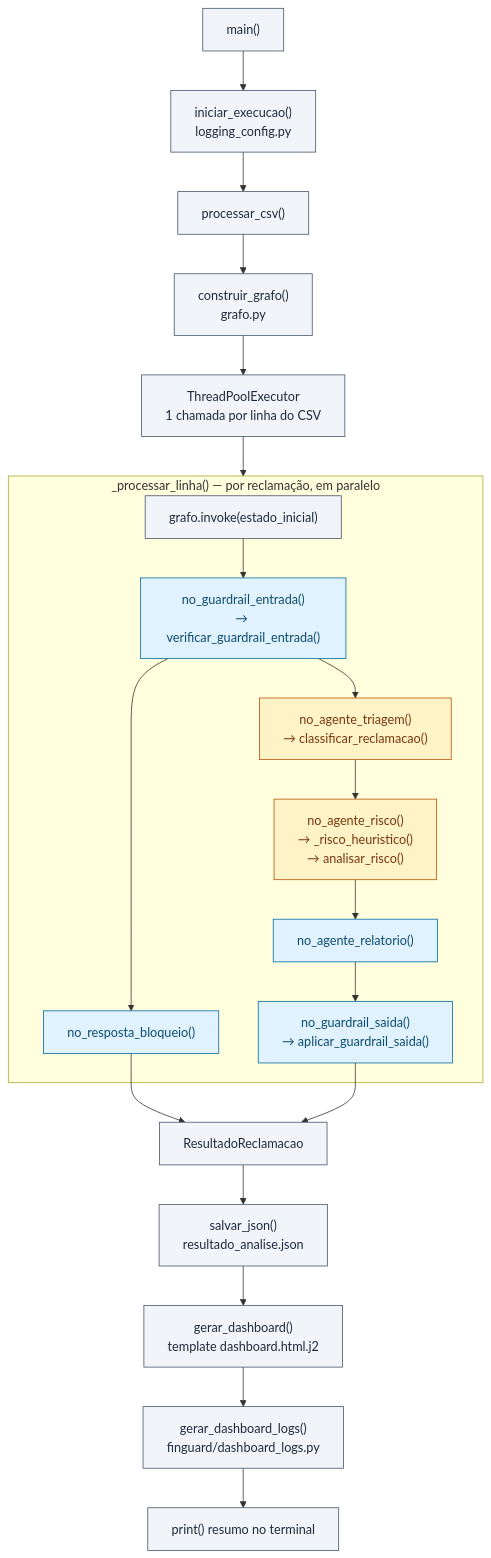
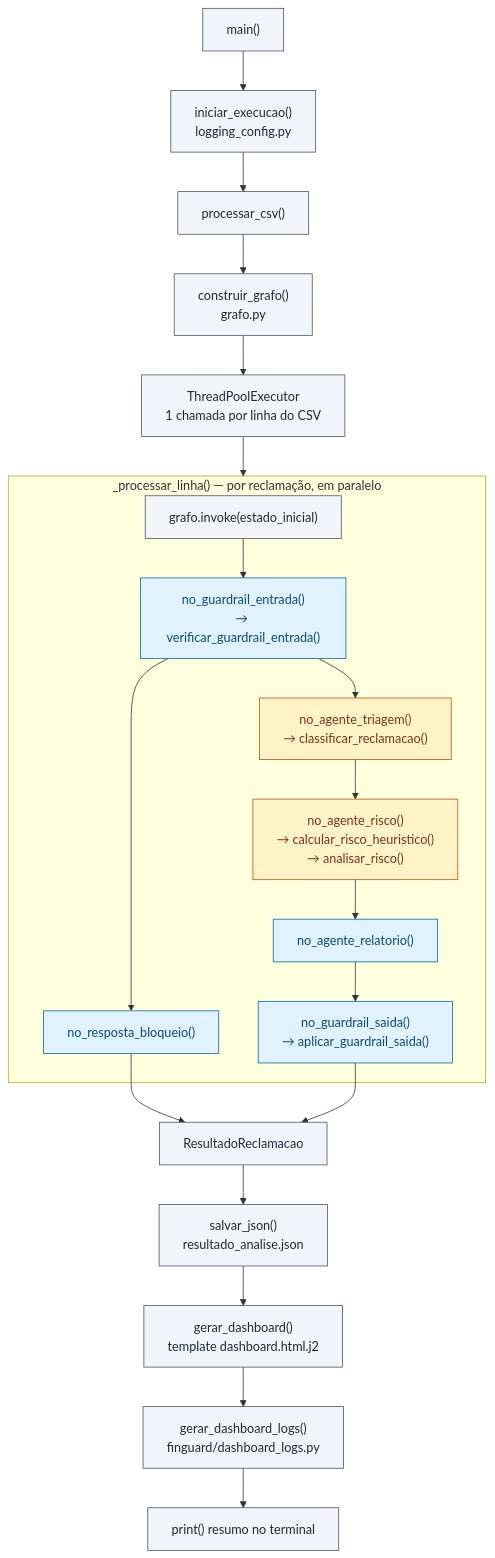
Before and after one commit to handersonbfzup/finguard-futuremind: the second of 2 diagrams in docs/readme.md, drawn with Mermaid. The commit also changed other lines of this file and 11 other files, not shown here.

````diff
--- a/docs/readme.md
+++ b/docs/readme.md
@@ -92,34 +92,34 @@
 ```mermaid
 flowchart TD
     MAIN["main()"] --> INIT["iniciar_execucao()<br/>logging_config.py"]
     INIT --> PROC["processar_csv()"]
     PROC --> BUILD["construir_grafo()<br/>grafo.py"]
     BUILD --> POOL["ThreadPoolExecutor<br/>1 chamada por linha do CSV"]
 
     subgraph POR_LINHA["_processar_linha() — por reclamação, em paralelo"]
         INVOKE["grafo.invoke(estado_inicial)"]
         INVOKE --> N1["no_guardrail_entrada()<br/>→ verificar_guardrail_entrada()"]
         N1 --> N2["no_resposta_bloqueio()"]
         N1 --> N3["no_agente_triagem()<br/>→ classificar_reclamacao()"]
-        N3 --> N4["no_agente_risco()<br/>→ _risco_heuristico()<br/>→ analisar_risco()"]
+        N3 --> N4["no_agente_risco()<br/>→ calcular_risco_heuristico()<br/>→ analisar_risco()"]
         N4 --> N5["no_agente_relatorio()"]
         N5 --> N6["no_guardrail_saida()<br/>→ aplicar_guardrail_saida()"]
     end
 
     POOL --> POR_LINHA
     N2 --> COLETA["ResultadoReclamacao"]
     N6 --> COLETA
 
     COLETA --> SALVAR["salvar_json()<br/>resultado_analise.json"]
     SALVAR --> DASH["gerar_dashboard()<br/>template dashboard.html.j2"]
     DASH --> LOGS["gerar_dashboard_logs()<br/>finguard/dashboard_logs.py"]
     LOGS --> FIM["print() resumo no terminal"]
 
     class N1,N2,N5,N6 codigo
     class N3,N4 agenteIA
     class MAIN,INIT,PROC,BUILD,POOL,INVOKE,COLETA,SALVAR,DASH,LOGS,FIM orquestracao
 
     classDef codigo fill:#e0f2fe,stroke:#0369a1,color:#0c4a6e
     classDef agenteIA fill:#fef3c7,stroke:#b45309,color:#78350f
     classDef orquestracao fill:#f1f5f9,stroke:#475569,color:#1e293b
 ```
````
